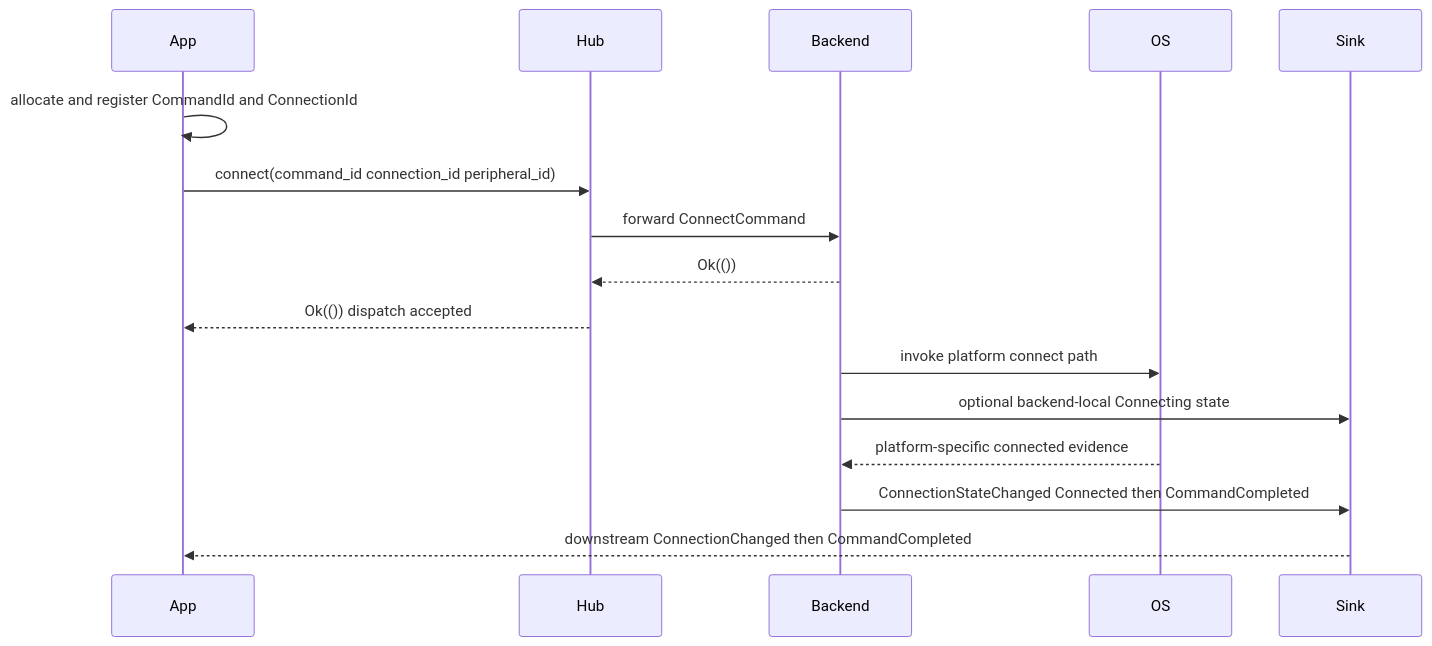
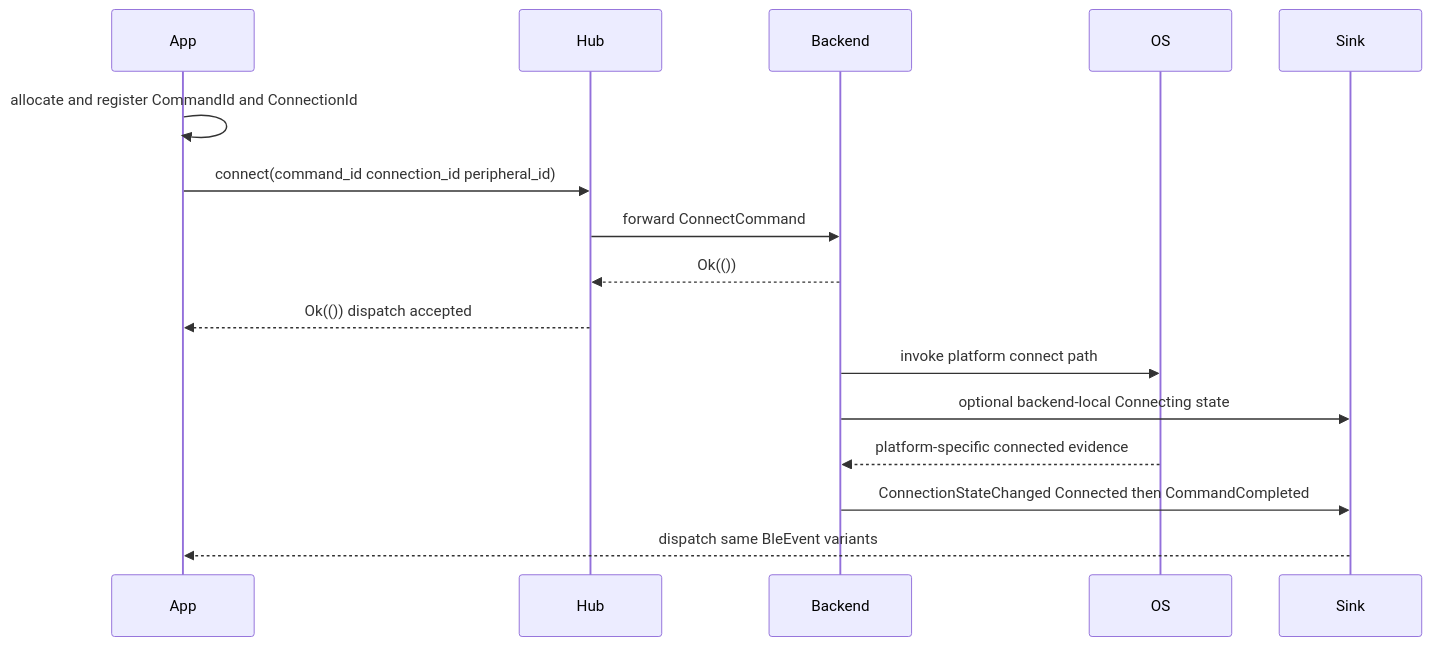
One commit to VIDLG/blengine changed the seventh of 9 diagrams in .plan/PLAN.md. Above: the diagram before and after it, drawn with Mermaid. The commit also changed other lines of this file and 17 other files, not shown here.

Commit message:
Approve BleHub architecture plan

````diff
--- a/.plan/PLAN.md
+++ b/.plan/PLAN.md
@@ -1621,19 +1595,19 @@
 ```mermaid
 sequenceDiagram
     participant App
     participant Hub
     participant Backend
     participant OS
     participant Sink
 
     App->>App: allocate and register CommandId and ConnectionId
     App->>Hub: connect(command_id connection_id peripheral_id)
     Hub->>Backend: forward ConnectCommand
     Backend-->>Hub: Ok(())
     Hub-->>App: Ok(()) dispatch accepted
     Backend->>OS: invoke platform connect path
     Backend->>Sink: optional backend-local Connecting state
     OS-->>Backend: platform-specific connected evidence
     Backend->>Sink: ConnectionStateChanged Connected then CommandCompleted
-    Sink-->>App: downstream ConnectionChanged then CommandCompleted
+    Sink-->>App: dispatch same BleEvent variants
 ```
````
